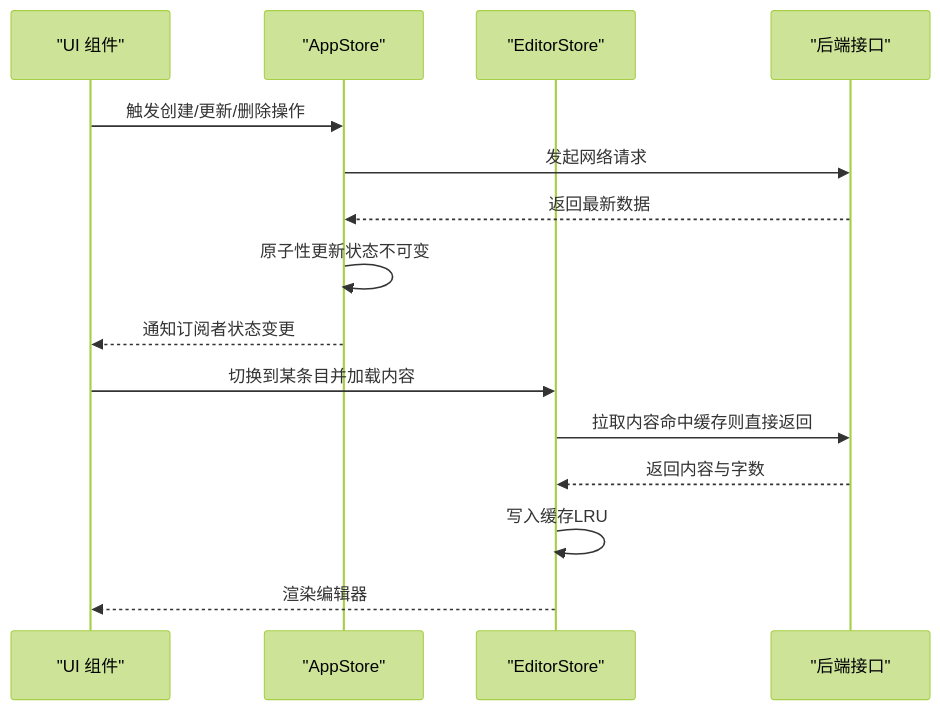
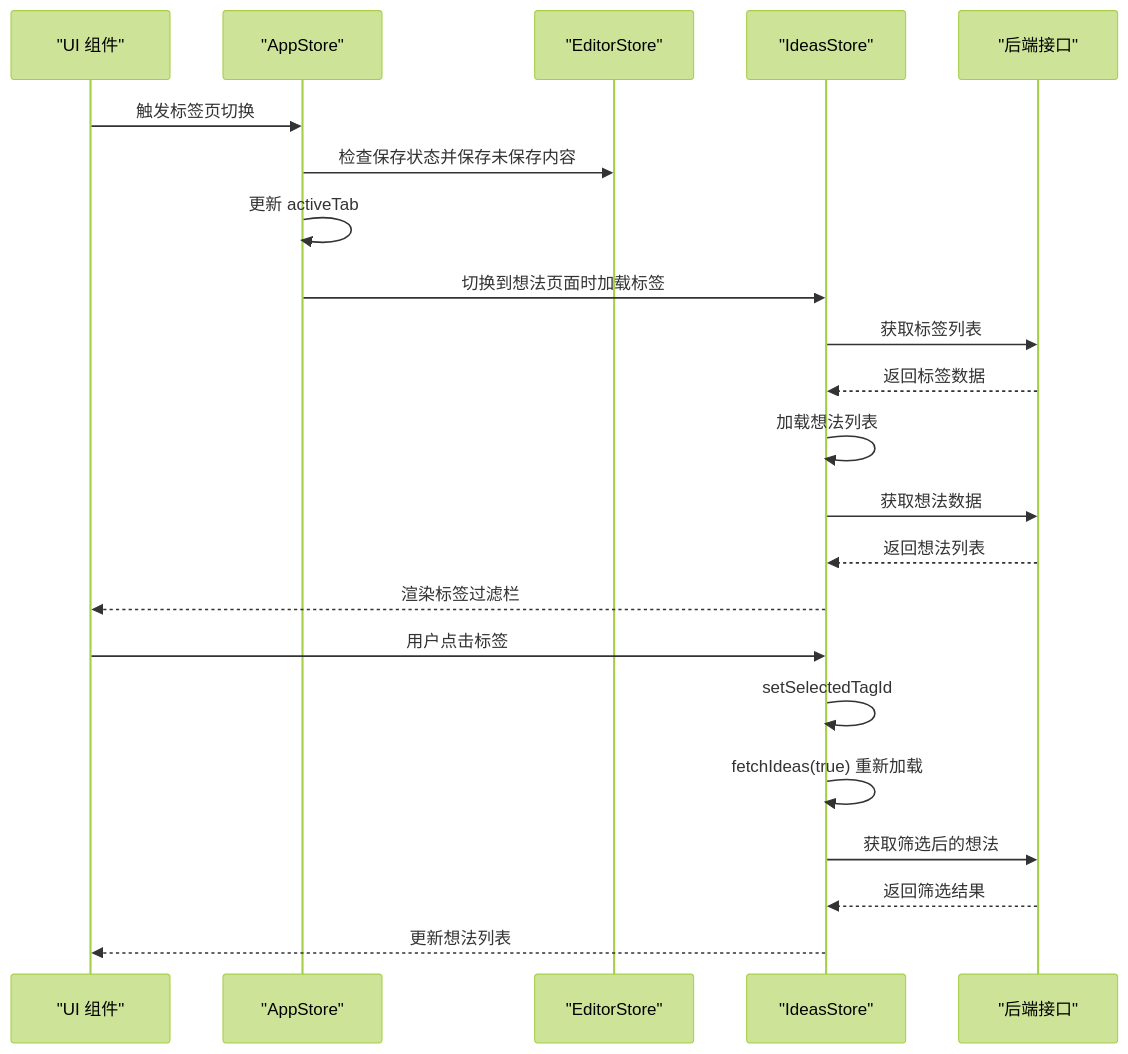
The second of 8 diagrams in .qoder/repowiki/zh/content/核心架构/状态管理架构.md (BlackBoxRecorder/uninote), drawn with Mermaid (forest theme) before and after one commit. The commit also changed other lines of this file and 36 other files, not shown here.

````diff
--- a/.qoder/repowiki/zh/content/核心架构/状态管理架构.md
+++ b/.qoder/repowiki/zh/content/核心架构/状态管理架构.md
@@ -107,17 +130,24 @@
 ```mermaid
 sequenceDiagram
 participant UI as "UI 组件"
 participant APP as "AppStore"
 participant EDIT as "EditorStore"
+participant IDEAS as "IdeasStore"
 participant API as "后端接口"
-UI->>APP : 触发创建/更新/删除操作
-APP->>API : 发起网络请求
-API-->>APP : 返回最新数据
-APP->>APP : 原子性更新状态不可变
-APP-->>UI : 通知订阅者状态变更
-UI->>EDIT : 切换到某条目并加载内容
-EDIT->>API : 拉取内容命中缓存则直接返回
-API-->>EDIT : 返回内容与字数
-EDIT->>EDIT : 写入缓存LRU
-EDIT-->>UI : 渲染编辑器
+UI->>APP : 触发标签页切换
+APP->>EDIT : 检查保存状态并保存未保存内容
+APP->>APP : 更新 activeTab
+APP->>IDEAS : 切换到想法页面时加载标签
+IDEAS->>API : 获取标签列表
+API-->>IDEAS : 返回标签数据
+IDEAS->>IDEAS : 加载想法列表
+IDEAS->>API : 获取想法数据
+API-->>IDEAS : 返回想法列表
+IDEAS-->>UI : 渲染标签过滤栏
+UI->>IDEAS : 用户点击标签
+IDEAS->>IDEAS : setSelectedTagId
+IDEAS->>IDEAS : fetchIdeas(true) 重新加载
+IDEAS->>API : 获取筛选后的想法
+API-->>IDEAS : 返回筛选结果
+IDEAS-->>UI : 更新想法列表
 ```
````
